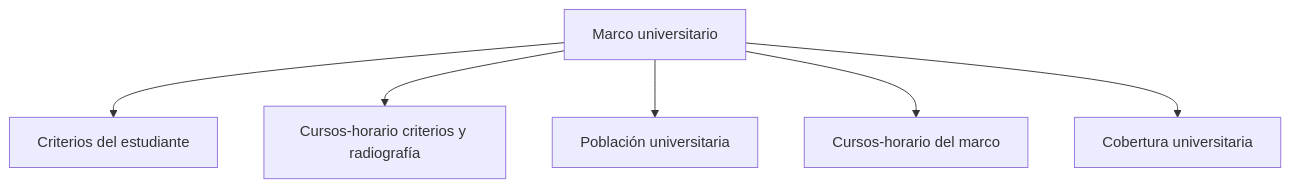
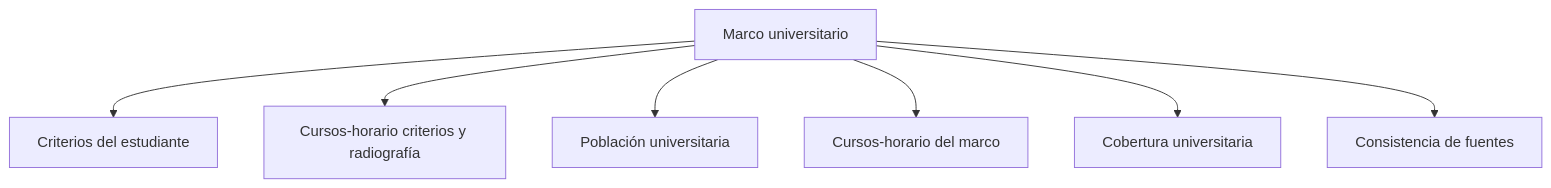
Before and after one commit to GonzaloAlmendariz/prosecnur-app: the diagram in Obsidian_Prosecnur/Prosecnur/Módulos/05 Calculador de muestras/Modos/01 Muestra de cursos-horario/Secciones/02 Marco/Marco.md, drawn with Mermaid. The commit also changed other lines of this file and 16 other files, not shown here.

````diff
--- a/Obsidian_Prosecnur/Prosecnur/Módulos/05 Calculador de muestras/Modos/01 Muestra de cursos-horario/Secciones/02 Marco/Marco.md
+++ b/Obsidian_Prosecnur/Prosecnur/Módulos/05 Calculador de muestras/Modos/01 Muestra de cursos-horario/Secciones/02 Marco/Marco.md
@@ -26,9 +26,10 @@
 ```mermaid
 flowchart TD
     N["Marco universitario"]
     N --> C1["Criterios del estudiante"]
     N --> C2["Cursos-horario criterios y radiografía"]
     N --> C3["Población universitaria"]
     N --> C4["Cursos-horario del marco"]
     N --> C5["Cobertura universitaria"]
+    N --> C6["Consistencia de fuentes"]
 ```
````
